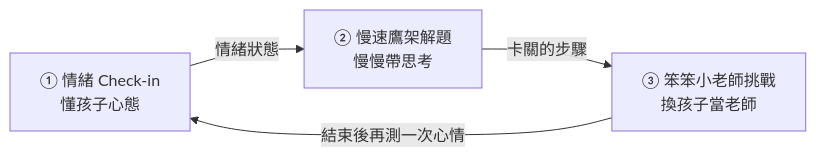
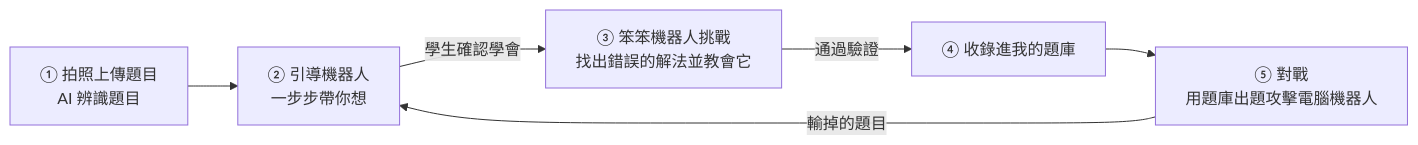
The first of 2 diagrams in README.md (star1123-cheng/team-work), drawn with Mermaid before and after one commit. The commit also changed other lines of this file and 7 other files, not shown here.

````diff
--- a/README.md
+++ b/README.md
@@ -25,6 +45,8 @@
 ```mermaid
 flowchart LR
-    A["① 情緒 Check-in<br/>懂孩子心態"] -->|情緒狀態| B["② 慢速鷹架解題<br/>慢慢帶思考"]
-    B -->|卡關的步驟| C["③ 笨笨小老師挑戰<br/>換孩子當老師"]
-    C -->|結束後再測一次心情| A
+    A["① 拍照上傳題目<br/>AI 辨識題目"] --> B["② 引導機器人<br/>一步步帶你想"]
+    B -->|學生確認學會| C["③ 笨笨機器人挑戰<br/>找出錯誤的解法並教會它"]
+    C -->|通過驗證| D["④ 收錄進我的題庫"]
+    D --> E["⑤ 對戰<br/>用題庫出題攻擊電腦機器人"]
+    E -->|輸掉的題目| B
 ```
````
